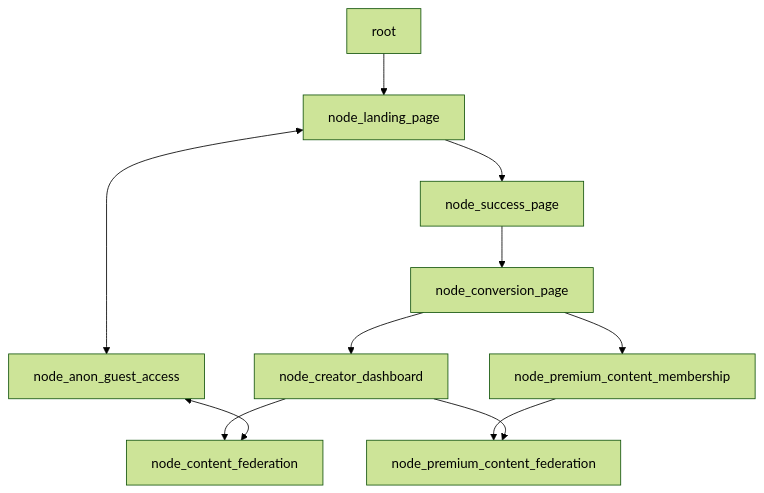
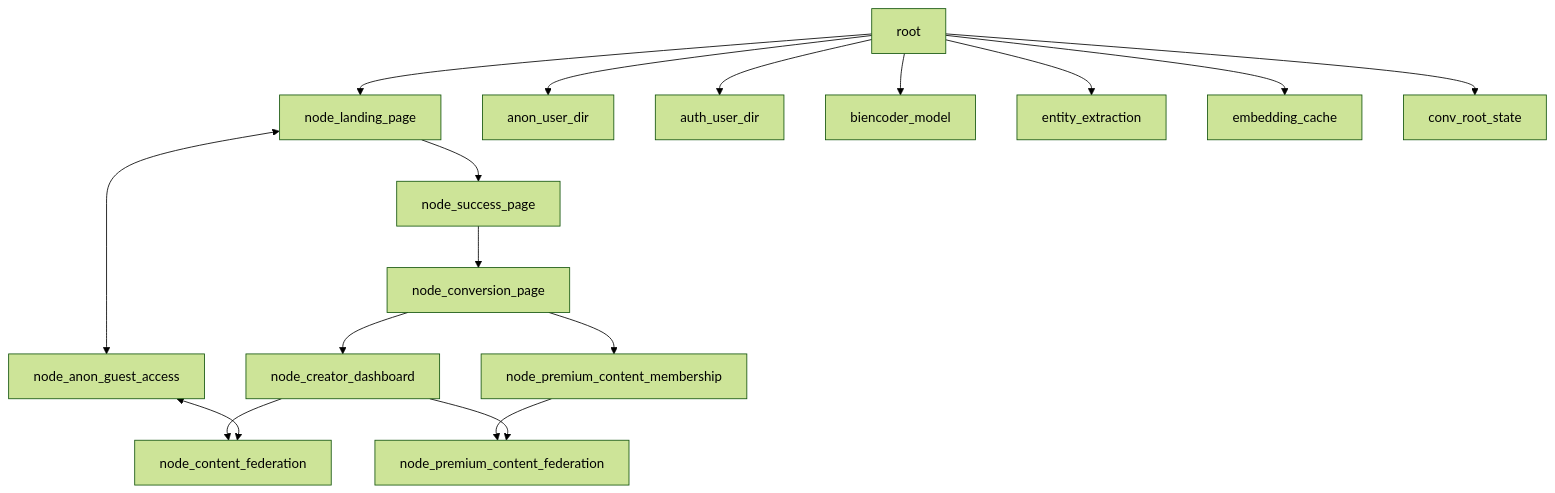
The first of 2 diagrams in README.md (WrappedUsername/apexmite-jac), drawn with Mermaid (forest theme) before and after one commit.

````diff
--- a/README.md
+++ b/README.md
@@ -44,13 +44,19 @@
 ```mermaid
 graph TD;
     root-->node_landing_page
+    root-->anon_user_dir
+    root-->auth_user_dir
+    root-->biencoder_model
+    root-->entity_extraction
+    root-->embedding_cache
+    root-->conv_root_state
     node_landing_page-->node_success_page
     node_landing_page<-->node_anon_guest_access
     node_success_page-->node_conversion_page
     node_conversion_page-->node_creator_dashboard
     node_conversion_page-->node_premium_content_membership
     node_premium_content_membership-->node_premium_content_federation
     node_creator_dashboard-->node_content_federation
     node_creator_dashboard-->node_premium_content_federation
     node_anon_guest_access<-->node_content_federation
 ```
````
